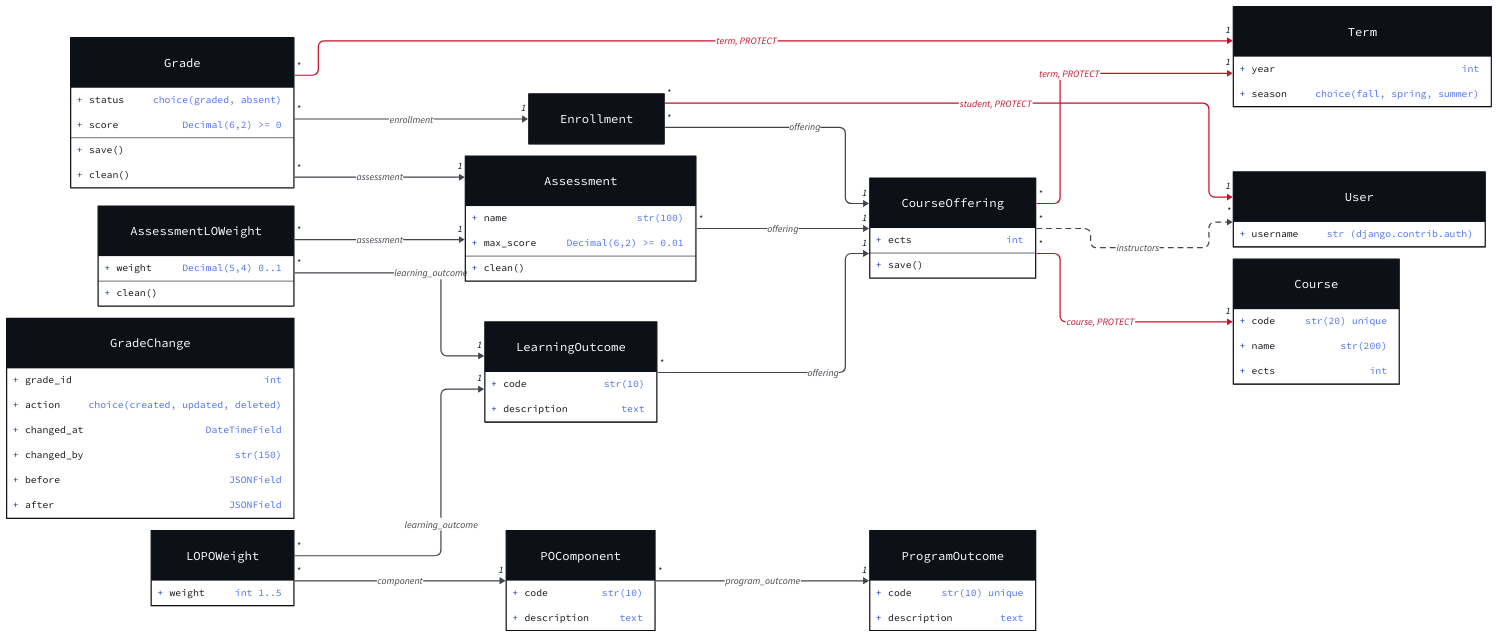
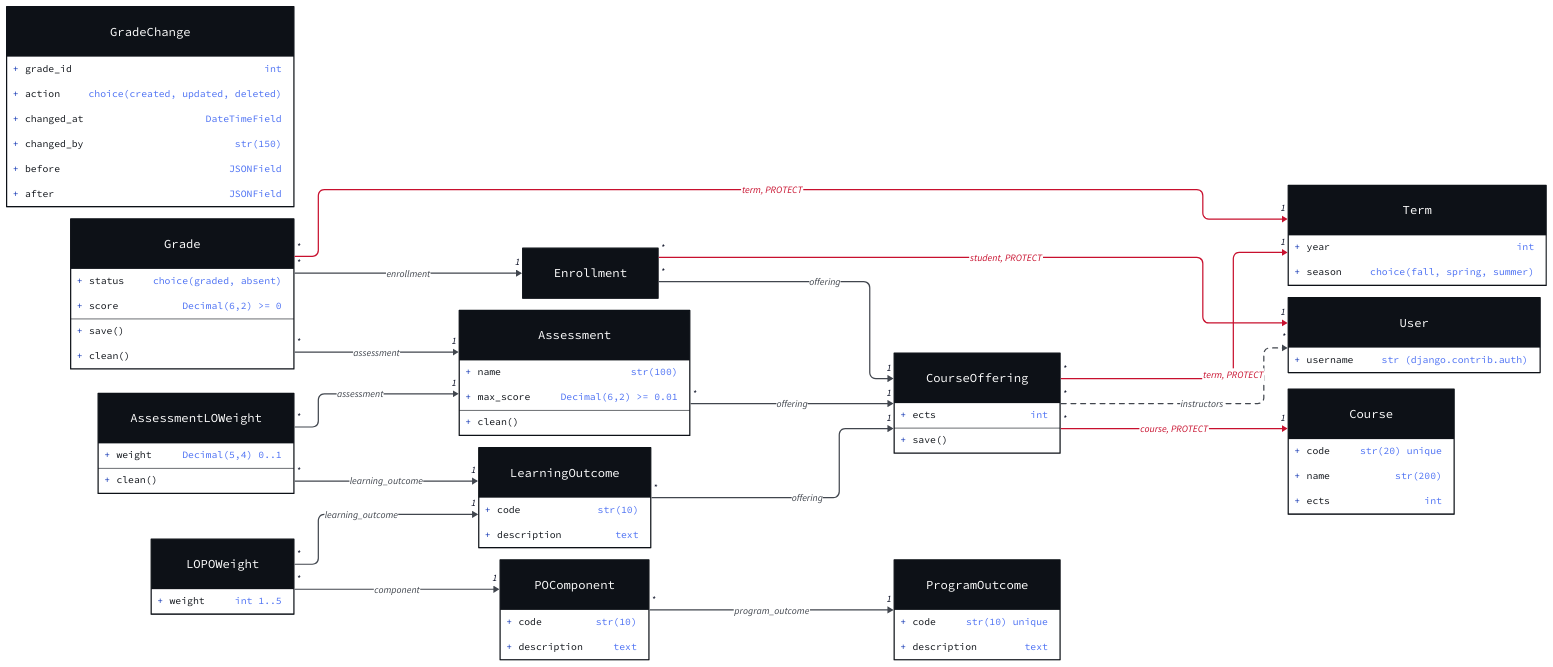
One commit to rmz-oz/aculator changed the diagram in docs/classes.d2. Above: the diagram before and after it, drawn with D2. The commit also changed other lines of this file and 15 other files, not shown here.

Commit message:
Store each grade's term, the first step of partitioning by it (#33)

```diff
--- a/docs/classes.d2
+++ b/docs/classes.d2
@@ -207,11 +207,6 @@
   target-arrowhead.label: "1"
   style: {stroke: "#C8102E"; stroke-width: 2; font-color: "#C8102E"}
 }
-Grade -> Term: "term, PROTECT" {
-  source-arrowhead.label: "*"
-  target-arrowhead.label: "1"
-  style: {stroke: "#C8102E"; stroke-width: 2; font-color: "#C8102E"}
-}
 Grade -> Enrollment: "enrollment" {
   source-arrowhead.label: "*"
   target-arrowhead.label: "1"
@@ -221,6 +216,11 @@
   source-arrowhead.label: "*"
   target-arrowhead.label: "1"
   style: {stroke: "#41464E"; stroke-width: 2; font-color: "#41464E"}
+}
+Grade -> Term: "term, PROTECT" {
+  source-arrowhead.label: "*"
+  target-arrowhead.label: "1"
+  style: {stroke: "#C8102E"; stroke-width: 2; font-color: "#C8102E"}
 }
 AssessmentLOWeight -> Assessment: "assessment" {
   source-arrowhead.label: "*"
```
